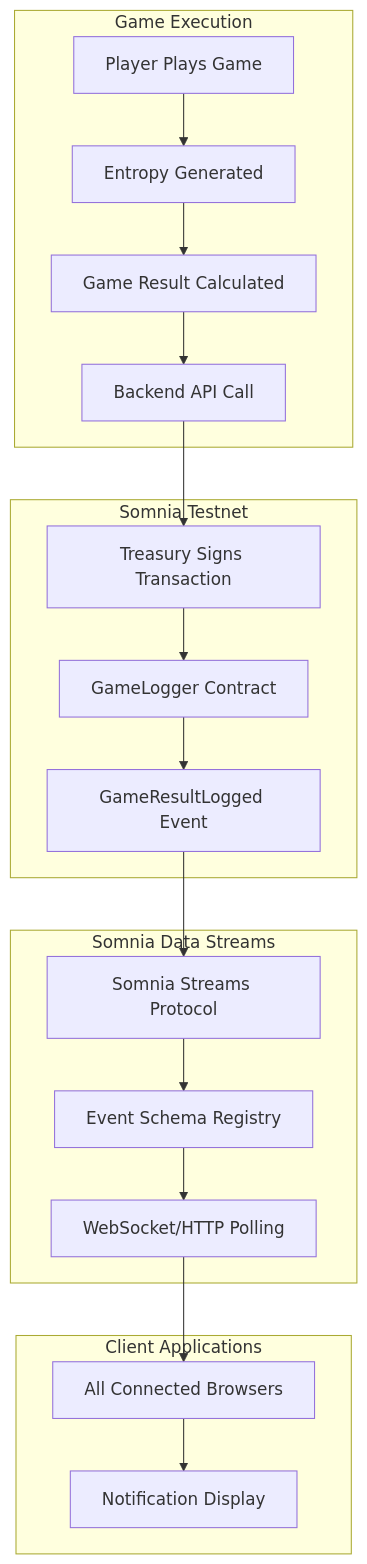
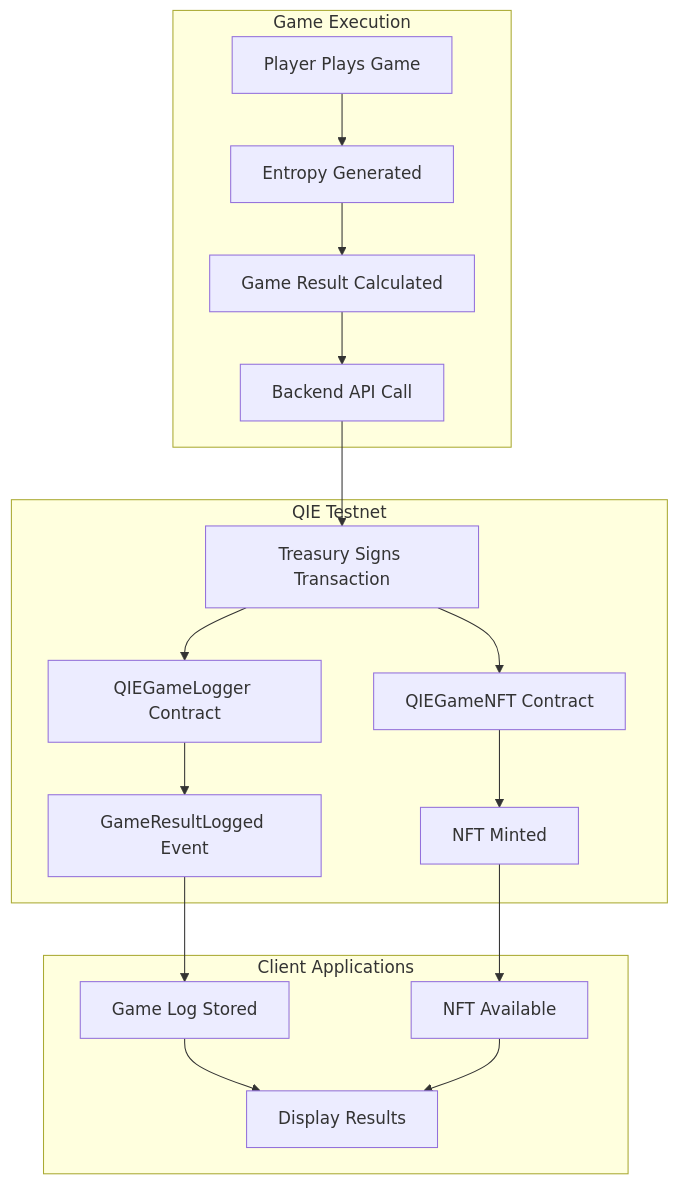
One commit to AmaanSayyad/APT-Casino-QIE changed the tenth of 12 diagrams in README.md. Above: the diagram before and after it, drawn with Mermaid. The commit also changed other lines of this file, not shown here.

````diff
--- a/README.md
+++ b/README.md
@@ -591,25 +591,23 @@
 ```mermaid
 graph TB
     subgraph "Game Execution"
         A[Player Plays Game] --> B[Entropy Generated]
         B --> C[Game Result Calculated]
         C --> D[Backend API Call]
     end
     
-    subgraph "Somnia Testnet"
+    subgraph "QIE Testnet"
         D --> E[Treasury Signs Transaction]
-        E --> F[GameLogger Contract]
+        E --> F[QIEGameLogger Contract]
         F --> G[GameResultLogged Event]
-    end
-    
-    subgraph "Somnia Data Streams"
-        G --> H[Somnia Streams Protocol]
-        H --> I[Event Schema Registry]
-        I --> J[WebSocket/HTTP Polling]
+        E --> H[QIEGameNFT Contract]
+        H --> I[NFT Minted]
     end
     
     subgraph "Client Applications"
-        J --> K[All Connected Browsers]
-        K --> L[Notification Display]
+        G --> J[Game Log Stored]
+        I --> K[NFT Available]
+        J --> L[Display Results]
+        K --> L
     end
 ```
````
